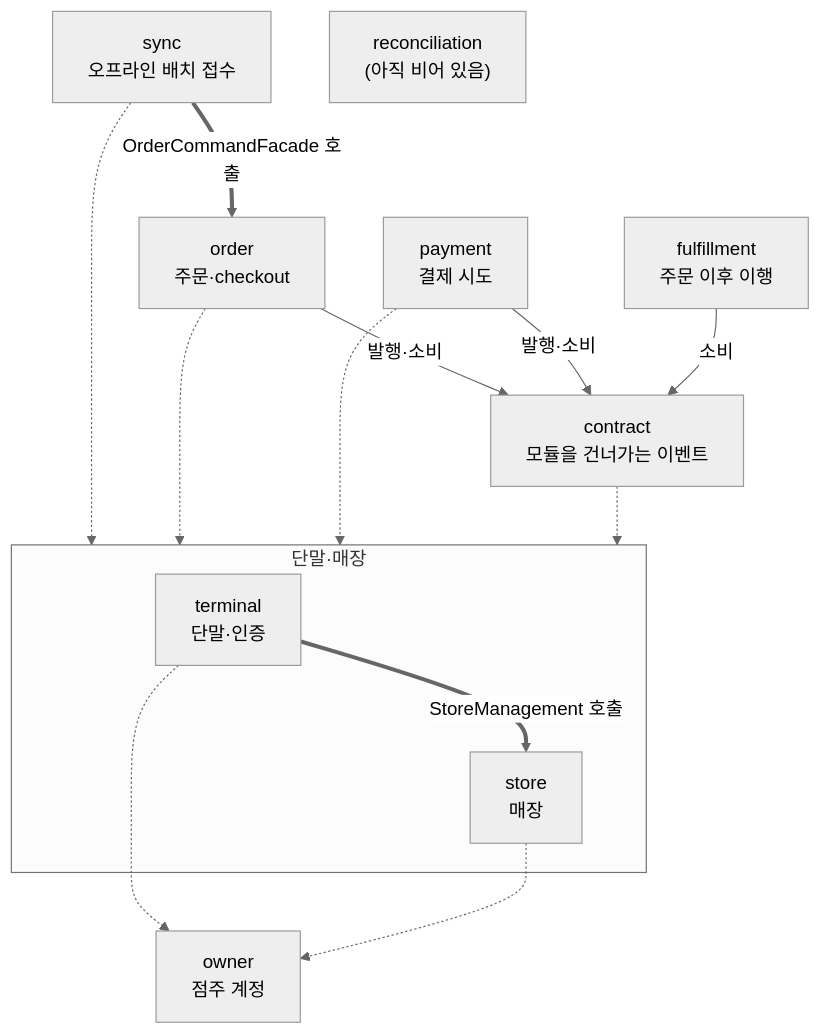
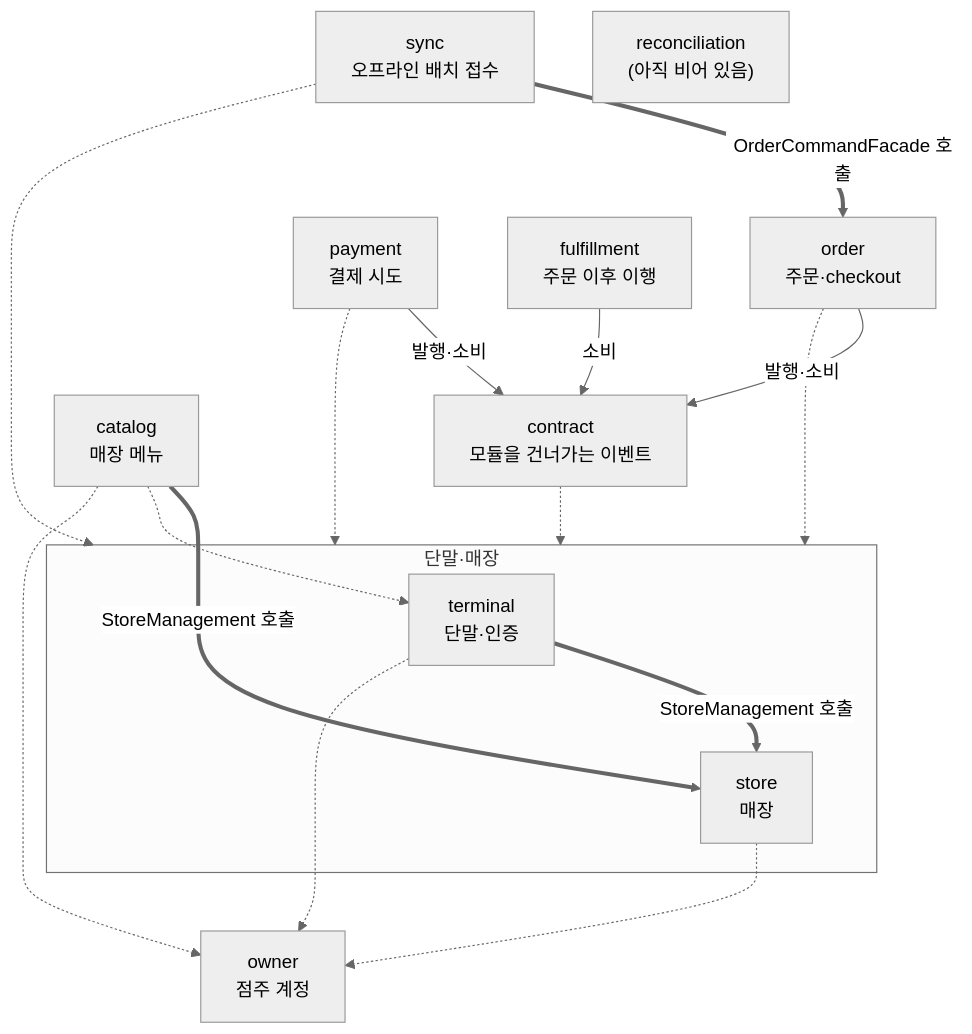
The second of 2 diagrams in README.md (char-labs/ResilientPOS), drawn with Mermaid (neutral theme) before and after one commit. The commit also changed other lines of this file and 31 other files, not shown here.

````diff
--- a/README.md
+++ b/README.md
@@ -69,26 +69,30 @@
 ```mermaid
 flowchart TB
     sync["sync<br/>오프라인 배치 접수"]
     order["order<br/>주문·checkout"]
     payment["payment<br/>결제 시도"]
     fulfillment["fulfillment<br/>주문 이후 이행"]
     contract["contract<br/>모듈을 건너가는 이벤트"]
     subgraph ref["단말·매장"]
         terminal["terminal<br/>단말·인증"]
         store["store<br/>매장"]
     end
     owner["owner<br/>점주 계정"]
     reconciliation["reconciliation<br/>(아직 비어 있음)"]
+    catalog["catalog<br/>매장 메뉴"]
 
     sync ==>|"OrderCommandFacade 호출"| order
     order -->|"발행·소비"| contract
     payment -->|"발행·소비"| contract
     fulfillment -->|"소비"| contract
     sync -.-> ref
     order -.-> ref
     payment -.-> ref
     contract -.-> ref
     terminal ==>|"StoreManagement 호출"| store
     terminal -.-> owner
     store -.-> owner
+    catalog ==>|"StoreManagement 호출"| store
+    catalog -.-> terminal
+    catalog -.-> owner
 ```
````
